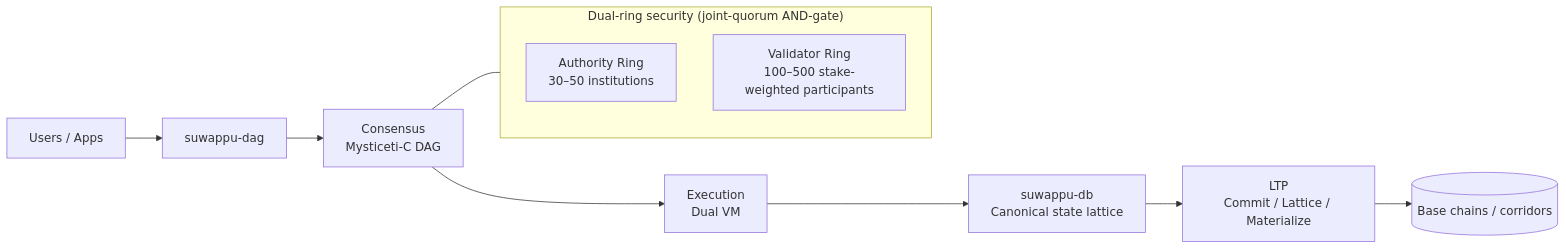
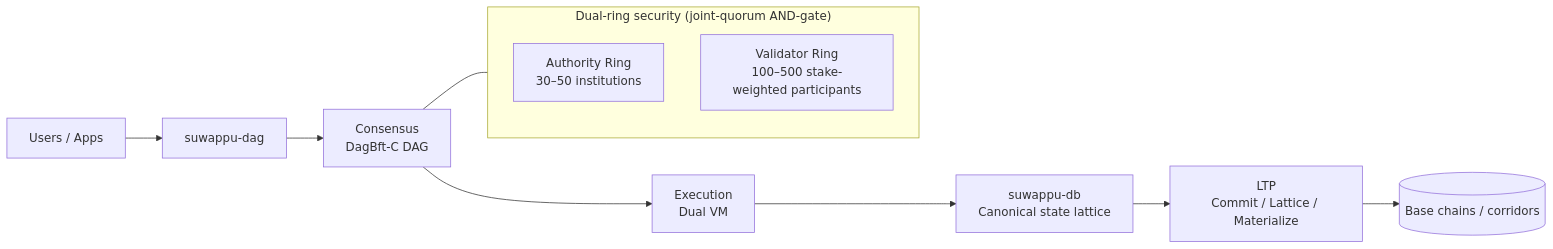
One commit to Suwappu-Labs/suwappu-dag changed the diagram in docs/visuals/mermaid/suwappu-dag.md. Above: the diagram before and after it, drawn with Mermaid. The commit also changed 59 other files, not shown here.

````diff
--- a/docs/visuals/mermaid/suwappu-dag.md
+++ b/docs/visuals/mermaid/suwappu-dag.md
@@ -3,14 +3,14 @@
 ```mermaid
 flowchart LR
   Users["Users / Apps"] --> DAG["suwappu-dag"]
-  DAG --> C["Consensus<br/>Mysticeti-C DAG"]
+  DAG --> C["Consensus<br/>DagBft-C DAG"]
   C --> E["Execution<br/>Dual VM"]
   E --> DB["suwappu-db<br/>Canonical state lattice"]
   DB --> LTP["LTP<br/>Commit / Lattice / Materialize"]
   LTP --> Corridors[("Base chains / corridors")]
   subgraph Rings ["Dual-ring security (joint-quorum AND-gate)"]
     A["Authority Ring<br/>30–50 institutions"]
     V["Validator Ring<br/>100–500 stake-weighted participants"]
   end
   C --- Rings
 ```
````
